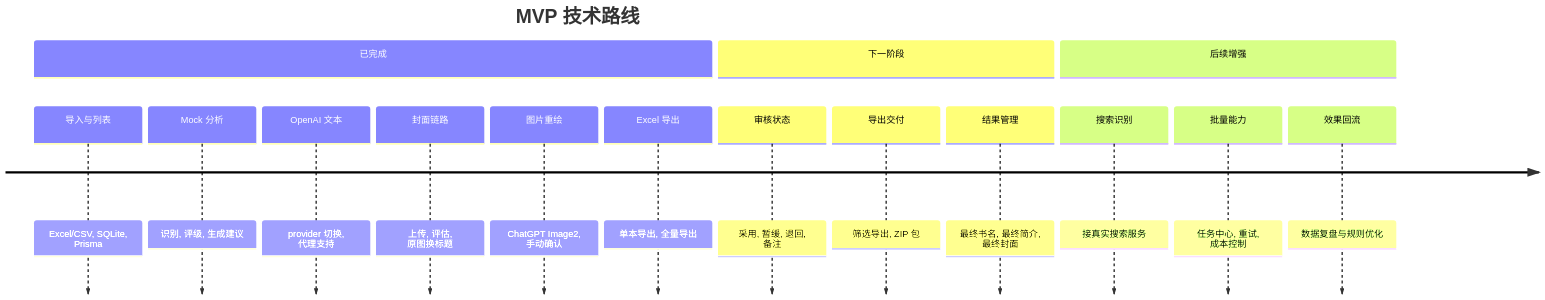
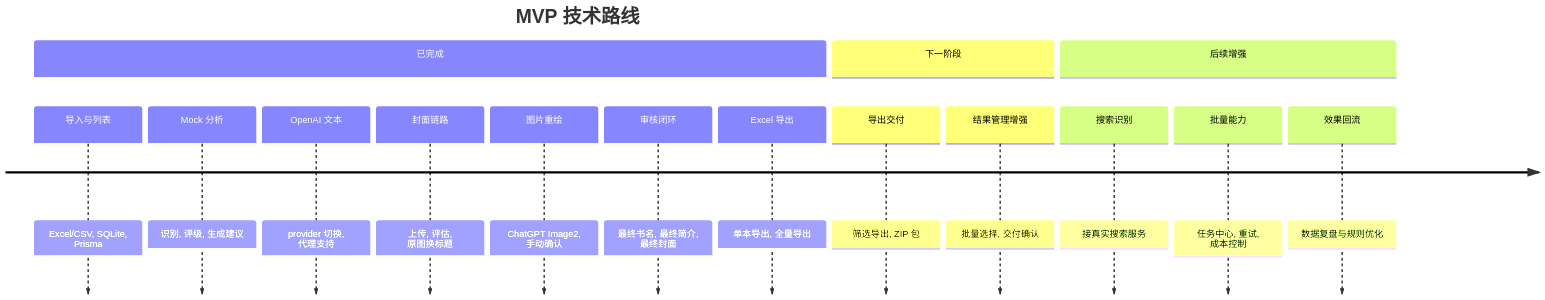
Before and after one commit to KAtOReNA7/ContentOps-Hub: the third of 3 diagrams in README.md, drawn with Mermaid. The commit also changed other lines of this file and 12 other files, not shown here.

````diff
--- a/README.md
+++ b/README.md
@@ -210,19 +212,19 @@
 ```mermaid
 timeline
   title MVP 技术路线
   section 已完成
     导入与列表 : Excel/CSV, SQLite, Prisma
     Mock 分析 : 识别, 评级, 生成建议
     OpenAI 文本 : provider 切换, 代理支持
     封面链路 : 上传, 评估, 原图换标题
     图片重绘 : ChatGPT Image2, 手动确认
+    审核闭环 : 最终书名, 最终简介, 最终封面
     Excel 导出 : 单本导出, 全量导出
   section 下一阶段
-    审核状态 : 采用, 暂缓, 退回, 备注
     导出交付 : 筛选导出, ZIP 包
-    结果管理 : 最终书名, 最终简介, 最终封面
+    结果管理增强 : 批量选择, 交付确认
   section 后续增强
     搜索识别 : 接真实搜索服务
     批量能力 : 任务中心, 重试, 成本控制
     效果回流 : 数据复盘与规则优化
 ```
````
